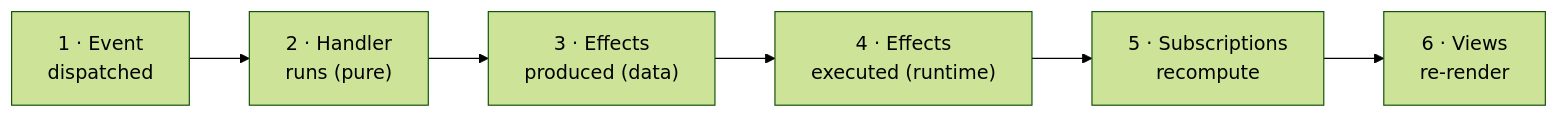
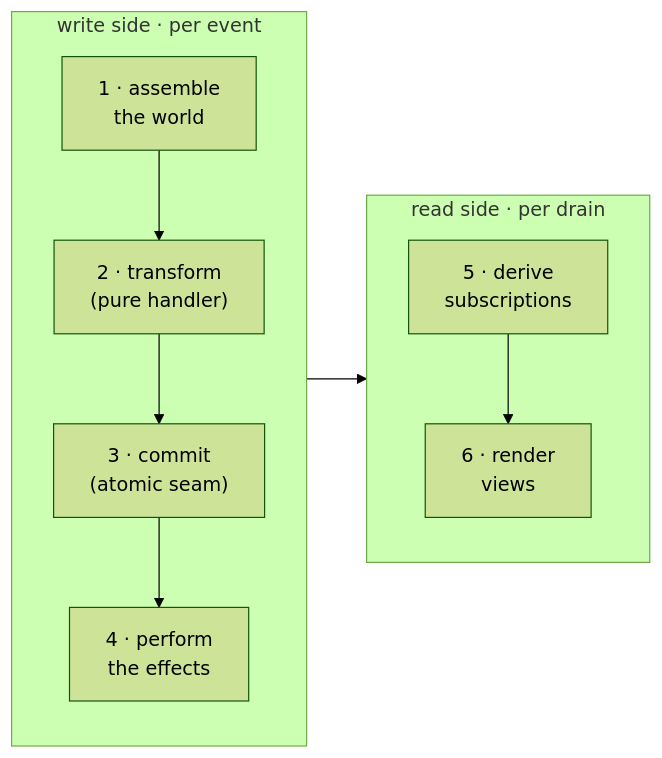
Before and after one commit to day8/re-frame2: the diagram in docs/core/concepts/index.md, drawn with Mermaid (forest theme). The commit also changed other lines of this file and 20 other files, not shown here.

````diff
--- a/docs/core/concepts/index.md
+++ b/docs/core/concepts/index.md
@@ -71,8 +73,12 @@
 ```mermaid
 flowchart LR
-    D1["1 · Event<br/>dispatched"] --> D2["2 · Handler<br/>runs (pure)"]
-    D2 --> D3["3 · Effects<br/>produced (data)"]
-    D3 --> D4["4 · Effects<br/>executed (runtime)"]
-    D4 --> D5["5 · Subscriptions<br/>recompute"]
-    D5 --> D6["6 · Views<br/>re-render"]
+    subgraph WRITE["write side · per event"]
+      D1["1 · assemble<br/>the world"] --> D2["2 · transform<br/>(pure handler)"]
+      D2 --> D3["3 · commit<br/>(atomic seam)"]
+      D3 --> D4["4 · perform<br/>the effects"]
+    end
+    subgraph READ["read side · per drain"]
+      D5["5 · derive<br/>subscriptions"] --> D6["6 · render<br/>views"]
+    end
+    WRITE --> READ
 ```
````
